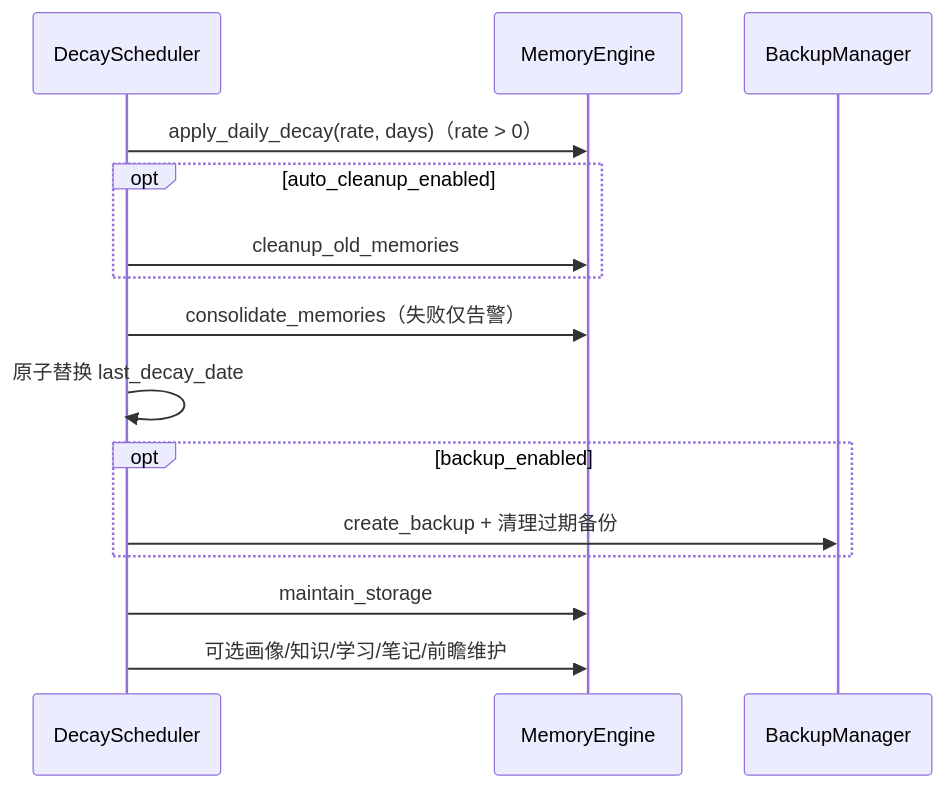
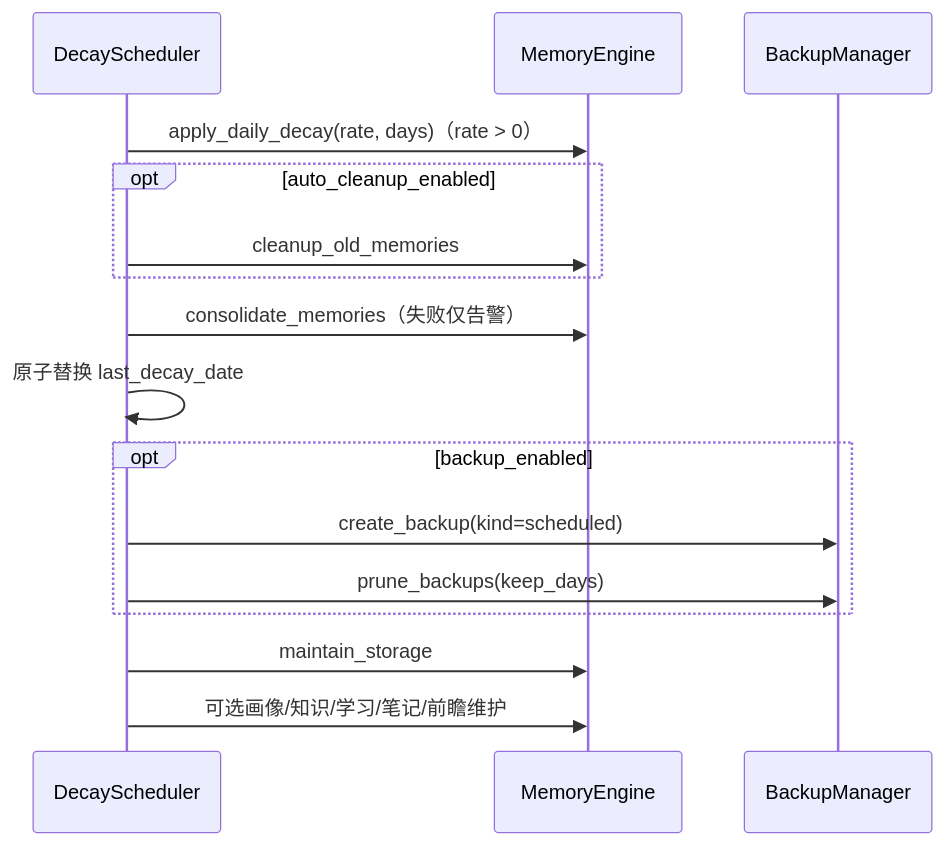
The second of 2 diagrams in core/schedulers/AGENTS.md (INSide-734/astrbot_plugin_memora), drawn with Mermaid before and after one commit. The commit also changed other lines of this file and 4 other files, not shown here.

Commit message:
fix: make scheduled backup independent and delegated

````diff
--- a/core/schedulers/AGENTS.md
+++ b/core/schedulers/AGENTS.md
@@ -44,17 +44,18 @@
 ```mermaid
 sequenceDiagram
     participant S as DecayScheduler
     participant E as MemoryEngine
     participant B as BackupManager
     S->>E: apply_daily_decay(rate, days)（rate > 0）
     opt auto_cleanup_enabled
         S->>E: cleanup_old_memories
     end
     S->>E: consolidate_memories（失败仅告警）
     S->>S: 原子替换 last_decay_date
     opt backup_enabled
-        S->>B: create_backup + 清理过期备份
+        S->>B: create_backup(kind=scheduled)
+        S->>B: prune_backups(keep_days)
     end
     S->>E: maintain_storage
     S->>E: 可选画像/知识/学习/笔记/前瞻维护
 ```
````
